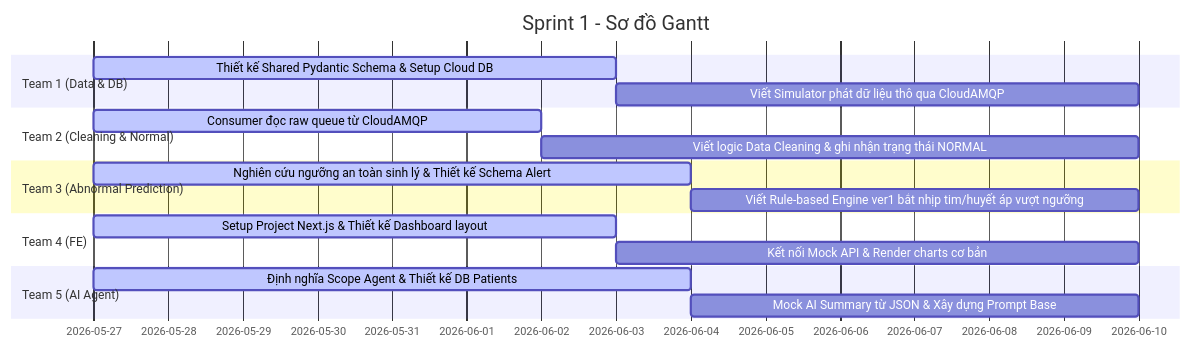
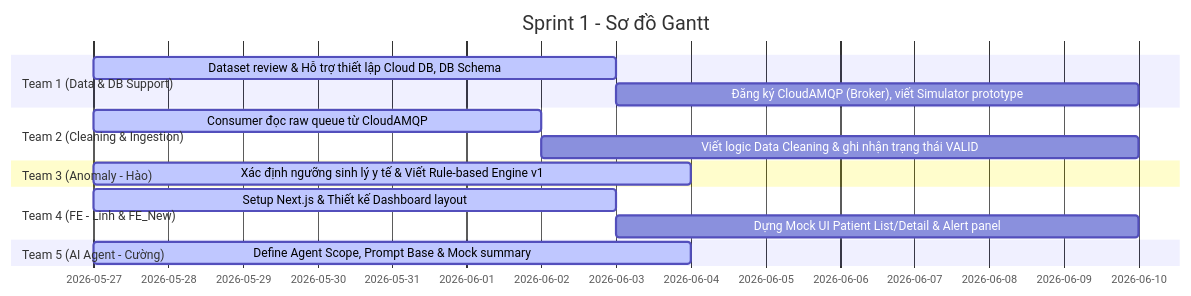
One commit to linhhtunn/Dashboard changed the second of 4 diagrams in docs/project_sprint_plan_final.md. Above: the diagram before and after it, drawn with Mermaid. The commit also changed other lines of this file and 1 other file, not shown here.

````diff
--- a/docs/project_sprint_plan_final.md
+++ b/docs/project_sprint_plan_final.md
@@ -91,20 +132,18 @@
 ```mermaid
 gantt
     title Sprint 1 - Sơ đồ Gantt
     dateFormat  YYYY-MM-DD
-    section Team 1 (Data & DB)
-    Thiết kế Shared Pydantic Schema & Setup Cloud DB           :active, 2026-05-27, 7d
-    Viết Simulator phát dữ liệu thô qua CloudAMQP              : 7d
-    section Team 2 (Cleaning & Normal)
+    section Team 1 (Data & DB Support)
+    Dataset review & Hỗ trợ thiết lập Cloud DB, DB Schema      :active, 2026-05-27, 7d
+    Đăng ký CloudAMQP (Broker), viết Simulator prototype       : 7d
+    section Team 2 (Cleaning & Ingestion)
     Consumer đọc raw queue từ CloudAMQP                        :active, 2026-05-27, 6d
-    Viết logic Data Cleaning & ghi nhận trạng thái NORMAL     : 8d
-    section Team 3 (Abnormal Prediction)
-    Nghiên cứu ngưỡng an toàn sinh lý & Thiết kế Schema Alert  :active, 2026-05-27, 8d
-    Viết Rule-based Engine ver1 bắt nhịp tim/huyết áp vượt ngưỡng: 6d
-    section Team 4 (FE)
-    Setup Project Next.js & Thiết kế Dashboard layout          :active, 2026-05-27, 7d
-    Kết nối Mock API & Render charts cơ bản                   : 7d
-    section Team 5 (AI Agent)
-    Định nghĩa Scope Agent & Thiết kế DB Patients             :active, 2026-05-27, 8d
-    Mock AI Summary từ JSON & Xây dựng Prompt Base            : 6d
+    Viết logic Data Cleaning & ghi nhận trạng thái VALID      : 8d
+    section Team 3 (Anomaly - Hào)
+    Xác định ngưỡng sinh lý y tế & Viết Rule-based Engine v1  :active, 2026-05-27, 8d
+    section Team 4 (FE - Linh & FE_New)
+    Setup Next.js & Thiết kế Dashboard layout                  :active, 2026-05-27, 7d
+    Dựng Mock UI Patient List/Detail & Alert panel             : 7d
+    section Team 5 (AI Agent - Cường)
+    Define Agent Scope, Prompt Base & Mock summary             :active, 2026-05-27, 8d
 ```
````
